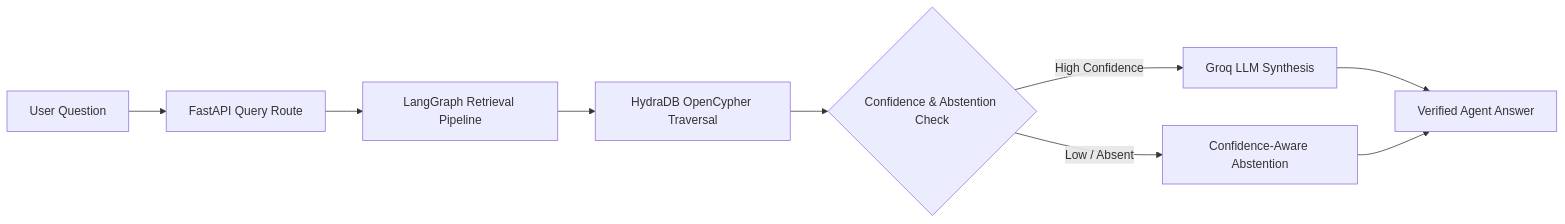
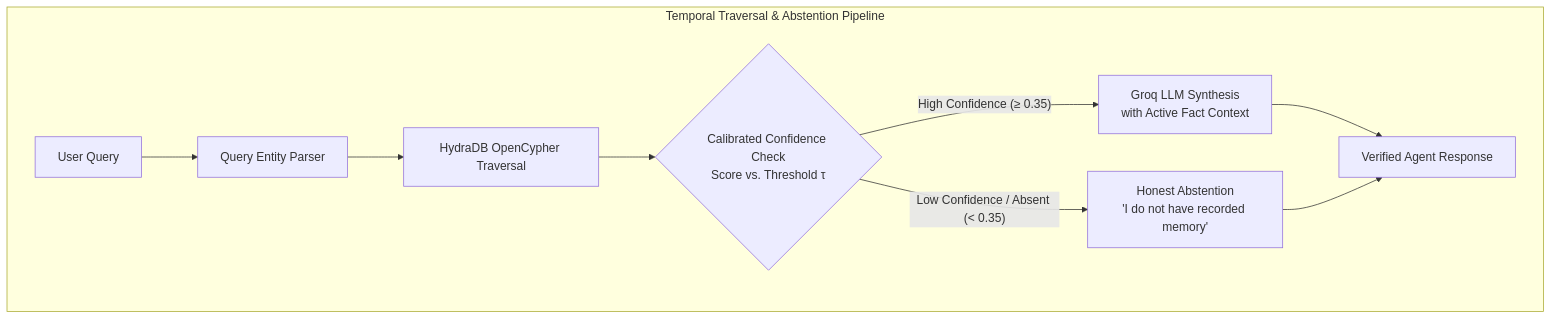
The second of 3 diagrams in README.md (yamin-H/MemoryGraph), drawn with Mermaid before and after one commit. The commit also changed other lines of this file and 56 other files, not shown here.

````diff
--- a/README.md
+++ b/README.md
@@ -36,11 +50,13 @@
 ```mermaid
 flowchart LR
-    UserQ[User Question] --> FastAPIRoute[FastAPI Query Route]
-    FastAPIRoute --> RetrievePipe[LangGraph Retrieval Pipeline]
-    RetrievePipe --> OpenCypher[HydraDB OpenCypher Traversal]
-    OpenCypher --> ConfidenceCheck{Confidence & Abstention Check}
-    ConfidenceCheck -- High Confidence --> GroqGen[Groq LLM Synthesis]
-    ConfidenceCheck -- Low / Absent --> HonestAbstain[Confidence-Aware Abstention]
-    GroqGen --> FinalAns[Verified Agent Answer]
-    HonestAbstain --> FinalAns
+    subgraph Retrieval ["Temporal Traversal & Abstention Pipeline"]
+        direction LR
+        Q[User Query] --> QP[Query Entity Parser]
+        QP --> GT[HydraDB OpenCypher Traversal]
+        GT --> CS{Calibrated Confidence Check<br/>Score vs. Threshold τ}
+        CS -- High Confidence (≥ 0.35) --> SYN[Groq LLM Synthesis<br/>with Active Fact Context]
+        CS -- Low Confidence / Absent (< 0.35) --> ABS[Honest Abstention<br/>'I do not have recorded memory']
+        SYN --> OUT[Verified Agent Response]
+        ABS --> OUT
+    end
 ```
````
